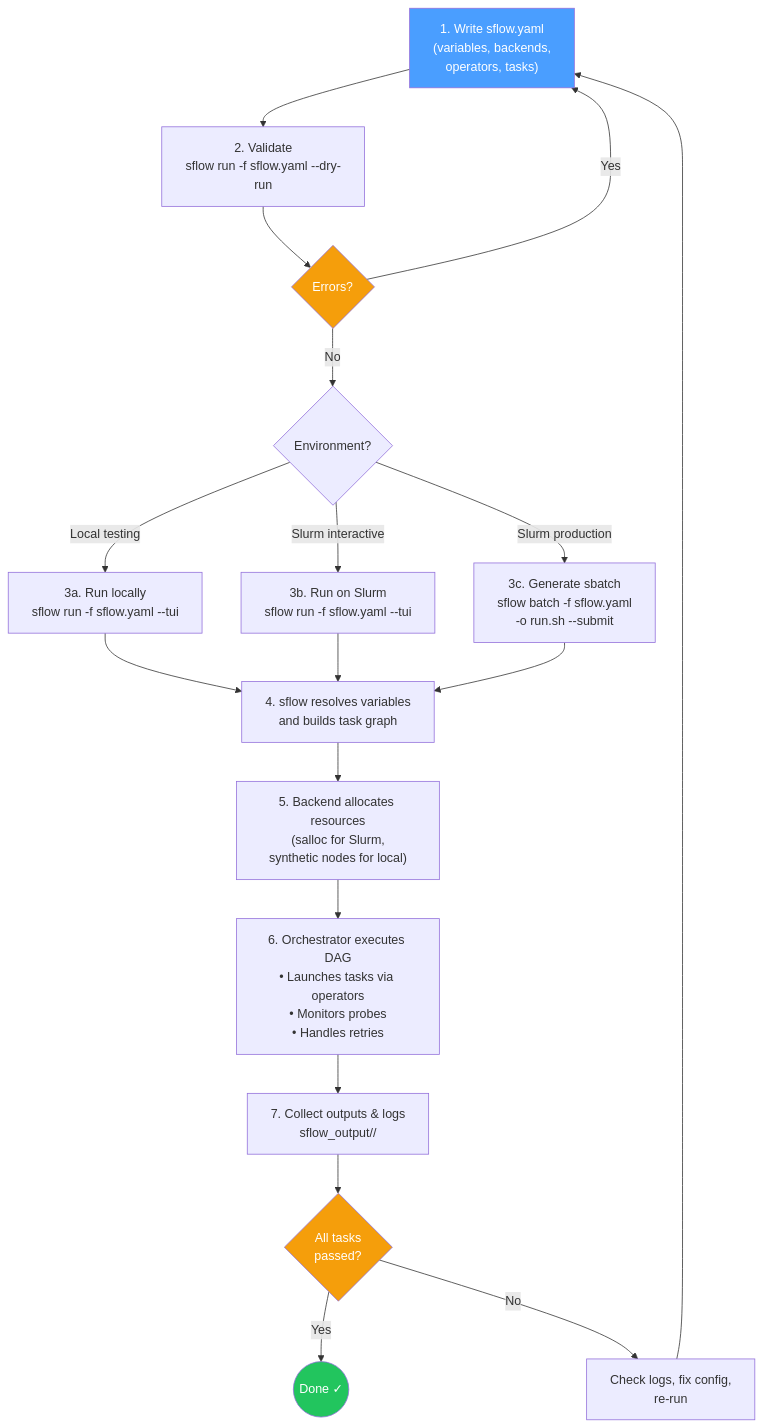
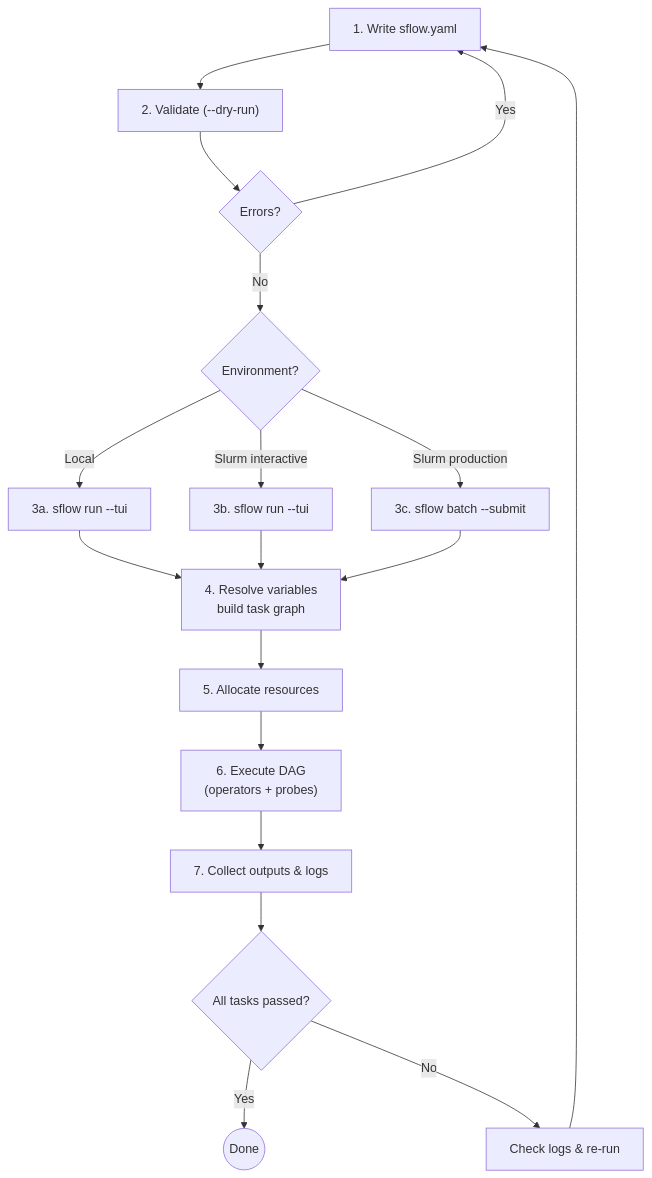
One commit to NVIDIA/nv-sflow changed the second of 3 diagrams in docs/user/intro.md. Above: the diagram before and after it, drawn with Mermaid. The commit also changed other lines of this file and 108 other files, not shown here.

````diff
--- a/docs/user/intro.md
+++ b/docs/user/intro.md
@@ -168,29 +98,24 @@
 ```mermaid
 flowchart TD
-  A["1. Write sflow.yaml\n(variables, backends,\noperators, tasks)"] --> B["2. Validate\nsflow run -f sflow.yaml --dry-run"]
-  B --> C{Errors?}
-  C -- Yes --> A
-  C -- No --> D{Environment?}
+  write["1. Write sflow.yaml"] --> validate["2. Validate (--dry-run)"]
+  validate --> errCheck{Errors?}
+  errCheck -- Yes --> write
+  errCheck -- No --> envChoice{Environment?}
 
-  D -- Local testing --> E["3a. Run locally\nsflow run -f sflow.yaml --tui"]
-  D -- Slurm interactive --> F["3b. Run on Slurm\nsflow run -f sflow.yaml --tui"]
-  D -- Slurm production --> G["3c. Generate sbatch\nsflow batch -f sflow.yaml\n-o run.sh --submit"]
+  envChoice -- Local --> runLocal["3a. sflow run --tui"]
+  envChoice -- Slurm interactive --> runSlurm["3b. sflow run --tui"]
+  envChoice -- Slurm production --> runBatch["3c. sflow batch --submit"]
 
-  E --> H["4. sflow resolves variables\nand builds task graph"]
-  F --> H
-  G --> H
+  runLocal --> resolve["4. Resolve variables\nbuild task graph"]
+  runSlurm --> resolve
+  runBatch --> resolve
 
-  H --> I["5. Backend allocates resources\n(salloc for Slurm,\nsynthetic nodes for local)"]
-  I --> J["6. Orchestrator executes DAG\n• Launches tasks via operators\n• Monitors probes\n• Handles retries"]
-  J --> K["7. Collect outputs & logs\nsflow_output/<run_id>/"]
+  resolve --> allocate["5. Allocate resources"]
+  allocate --> execute["6. Execute DAG\n(operators + probes)"]
+  execute --> collect["7. Collect outputs & logs"]
 
-  K --> L{All tasks\npassed?}
-  L -- Yes --> M(("Done ✓"))
-  L -- No --> N["Check logs, fix config,\nre-run"]
-  N --> A
-
-  style A fill:#4a9eff,color:#fff
-  style M fill:#22c55e,color:#fff
-  style C fill:#f59e0b,color:#fff
-  style L fill:#f59e0b,color:#fff
+  collect --> passCheck{All tasks passed?}
+  passCheck -- Yes --> done(("Done"))
+  passCheck -- No --> fix["Check logs & re-run"]
+  fix --> write
 ```
````
